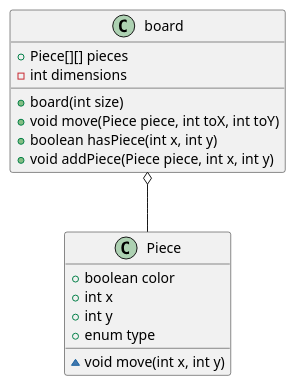
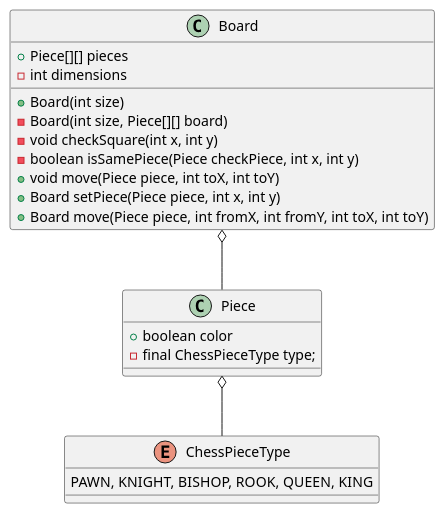
One commit to ezequielrickert/TemporaryChess changed the diagram in chess.puml. Above: the diagram before and after it, drawn with PlantUML.

Commit message:
Updated UML

```diff
--- a/chess.puml
+++ b/chess.puml
@@ -1,65 +1,71 @@
 @startuml
-class board {
-    +board(int size)
+class Board {
+    +Board(int size)
+    -Board(int size, Piece[][] board)
     +Piece[][] pieces
     -int dimensions
+    -void checkSquare(int x, int y)
+    -boolean isSamePiece(Piece checkPiece, int x, int y)
     +void move(Piece piece, int toX, int toY)
-    +boolean hasPiece(int x, int y)
-    +void addPiece(Piece piece, int x, int y)
+    +Board setPiece(Piece piece, int x, int y)
+    +Board move(Piece piece, int fromX, int fromY, int toX, int toY)
 }
 
 class Piece {
     +boolean color
-    +int x
-    +int y
-    ~void move(int x, int y)
-    +enum type
+    -final ChessPieceType type;
 }
+
+enum ChessPieceType {
+    PAWN, KNIGHT, BISHOP, ROOK, QUEEN, KING
+}
+
+Piece o-- ChessPieceType
+Board o-- Piece
 
 'class Pawn extends Piece{
 '    +boolean firstMove
 '    +color color
 '    +int x
 '    +int y
 '    +boolean move(int x, int y)
 '    +boolean lostPiece(int x, int y)
 '}
 'class Knight extends Piece{
 '    +color color
 '    +int x
 '    +int y
 '    +boolean move(int x, int y)
 '    +boolean eatPiece(int x, int y)
 '}
 'class Rook extends Piece{
 '    +boolean castling
 '    +color color
 '    +int x
 '    +int y
 '    +boolean move(int x, int y)
 '    +boolean eatPiece(int x, int y)
 '}
 'class Bishop extends Piece{
 '    +color color
 '    +int x
 '    +int y
 '    +boolean move(int x, int y)
 '    +boolean eatPiece(int x, int y)
 '}
 'class Queen extends Piece{
 '    +color color
 '    +int x
 '    +int y
 '    +boolean move(int x, int y)
 '    +boolean eatPiece(int x, int y)
 '}
 'class King extends Piece{
 '    +color color
 '    +int x
 '    +int y
 '    +boolean move(int x, int y)
 '    +boolean eatPiece(int x, int y)
 '}
 
-board o-- Piece
 @enduml
```
